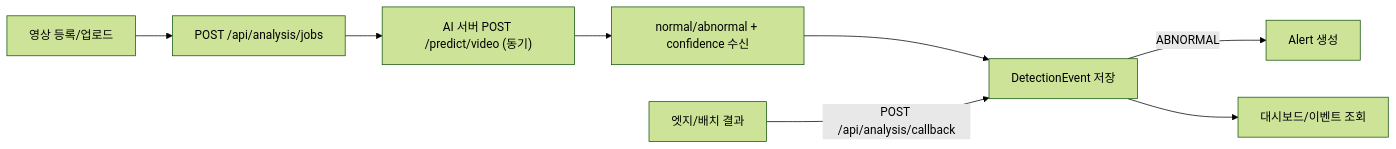
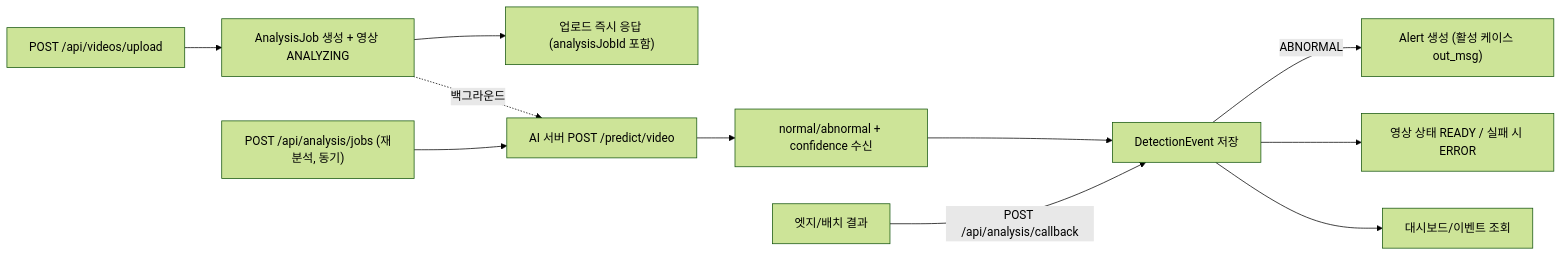
One commit to KiHyeonLee1121/APAP-test changed the third of 4 diagrams in docs/architecture.md. Above: the diagram before and after it, drawn with Mermaid (forest theme). The commit also changed other lines of this file and 2 other files, not shown here.

First line of the commit message:
docs: 업로드 자동 분석 및 회원탈퇴 API 문서화

````diff
--- a/docs/architecture.md
+++ b/docs/architecture.md
@@ -69,10 +69,13 @@
 ```mermaid
 flowchart LR
-    A["영상 등록/업로드"] --> B["POST /api/analysis/jobs"]
-    B --> C["AI 서버 POST /predict/video (동기)"]
+    U["POST /api/videos/upload"] --> J["AnalysisJob 생성 + 영상 ANALYZING"]
+    J --> R["업로드 즉시 응답 (analysisJobId 포함)"]
+    J -.백그라운드.-> C["AI 서버 POST /predict/video"]
+    B["POST /api/analysis/jobs (재분석, 동기)"] --> C
     C --> D["normal/abnormal + confidence 수신"]
     D --> E["DetectionEvent 저장"]
-    E -->|ABNORMAL| F["Alert 생성"]
+    E -->|ABNORMAL| F["Alert 생성 (활성 케이스 out_msg)"]
+    E --> S["영상 상태 READY / 실패 시 ERROR"]
     E --> G["대시보드/이벤트 조회"]
     H["엣지/배치 결과"] -->|POST /api/analysis/callback| E
 ```
````
